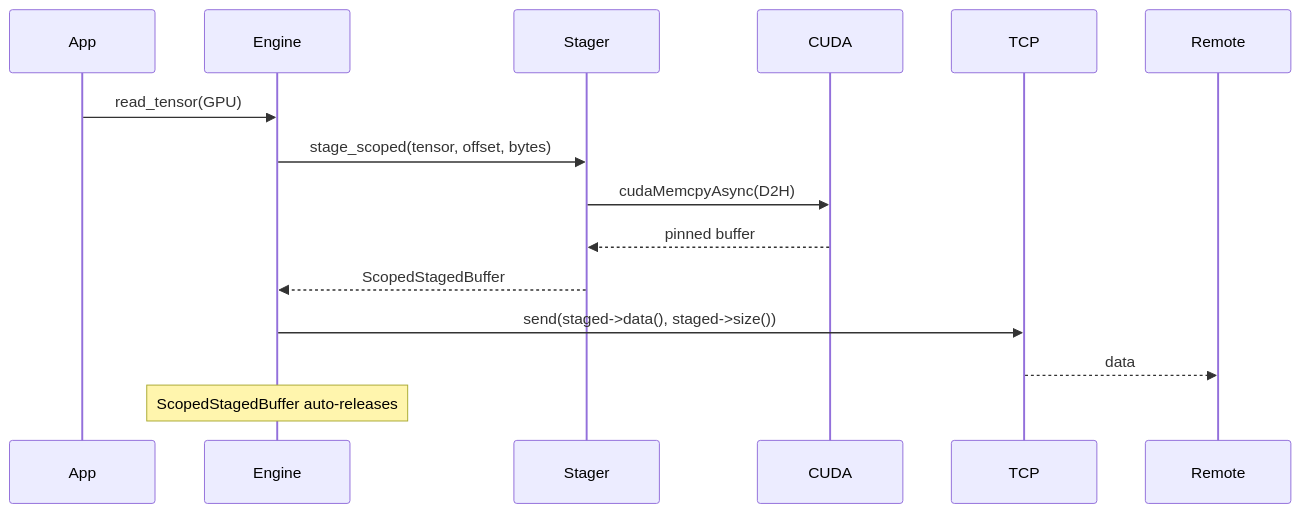
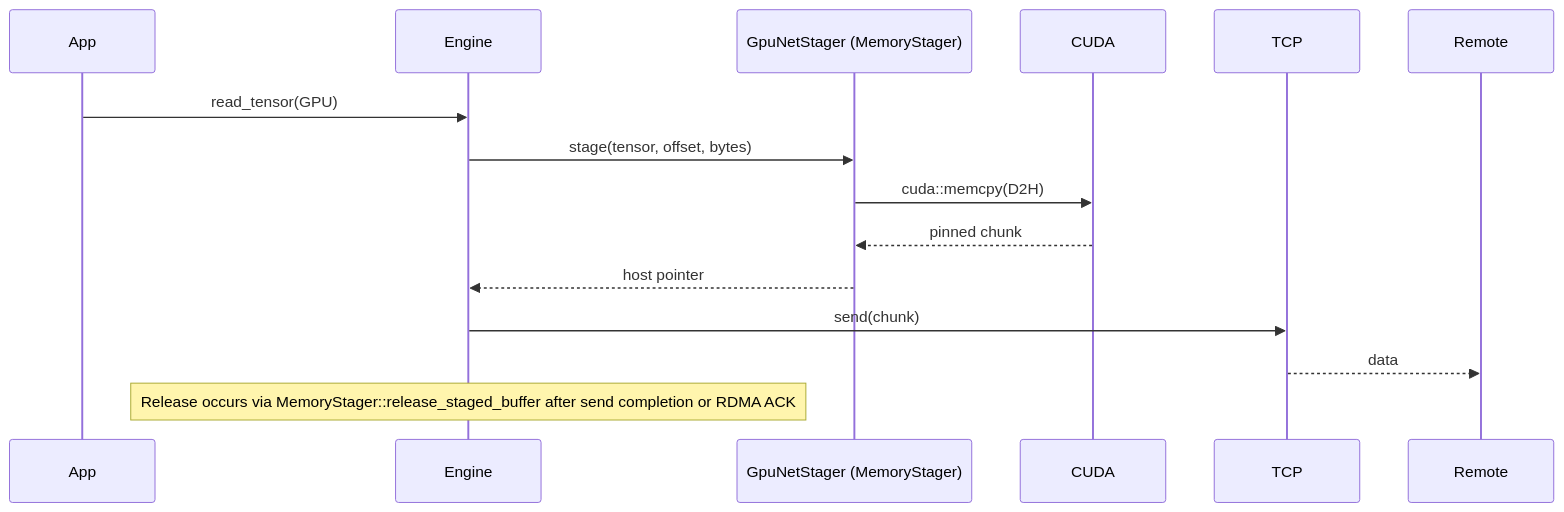
The fifth of 13 diagrams in core/communicator/README.md (tensorcast-ai/tensorcast), drawn with Mermaid before and after one commit. The commit also changed other lines of this file and 5 other files, not shown here.

````diff
--- a/core/communicator/README.md
+++ b/core/communicator/README.md
@@ -232,17 +260,17 @@
 ```mermaid
 sequenceDiagram
   participant App
   participant Engine
-  participant Stager
+  participant Stager as GpuNetStager (MemoryStager)
   participant CUDA
   participant TCP
 
   App->>Engine: read_tensor(GPU)
-  Engine->>Stager: stage_scoped(tensor, offset, bytes)
-  Stager->>CUDA: cudaMemcpyAsync(D2H)
-  CUDA-->>Stager: pinned buffer
-  Stager-->>Engine: ScopedStagedBuffer
-  Engine->>TCP: send(staged->data(), staged->size())
+  Engine->>Stager: stage(tensor, offset, bytes)
+  Stager->>CUDA: cuda::memcpy(D2H)
+  CUDA-->>Stager: pinned chunk
+  Stager-->>Engine: host pointer
+  Engine->>TCP: send(chunk)
   TCP-->>Remote: data
-  Note over Engine: ScopedStagedBuffer auto-releases
+  Note over Engine: Release occurs via MemoryStager::release_staged_buffer after send completion or RDMA ACK
 ```
````
